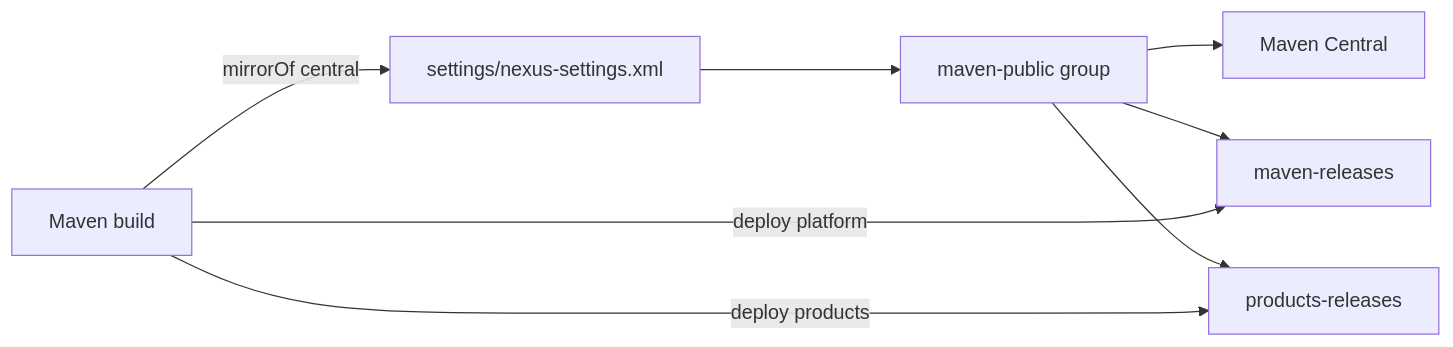
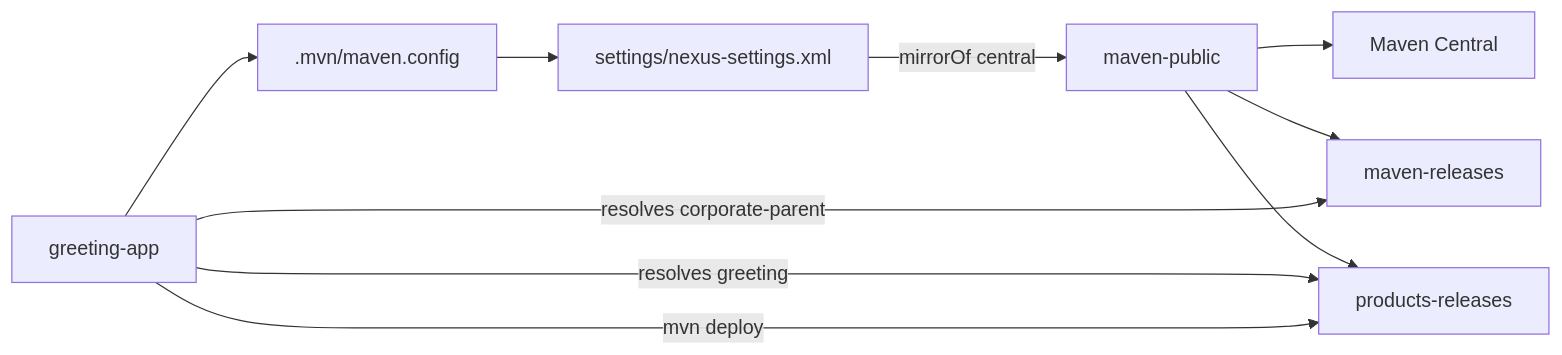
The fourth of 9 diagrams in README.md (IAAA-Lab/maven-corporate-pom), drawn with Mermaid before and after one commit. The commit also changed other lines of this file and 11 other files, not shown here.

First line of the commit message:
Align the platform with Spring Boot's parent chain and drop the aggregator.

````diff
--- a/README.md
+++ b/README.md
@@ -181,17 +193,20 @@
 ```mermaid
 flowchart LR
-    maven["Maven build"]
+    app["greeting-app"]
+    mvnConfig[".mvn/maven.config"]
     settings["settings/nexus-settings.xml"]
-    publicGroup["maven-public group"]
+    publicGroup["maven-public"]
     central["Maven Central"]
     corporateHosted["maven-releases"]
     productHosted["products-releases"]
 
-    maven -->|"mirrorOf central"| settings
-    settings --> publicGroup
+    app --> mvnConfig
+    mvnConfig --> settings
+    settings -->|"mirrorOf central"| publicGroup
     publicGroup --> central
     publicGroup --> corporateHosted
     publicGroup --> productHosted
-    maven -->|"deploy platform"| corporateHosted
-    maven -->|"deploy products"| productHosted
+    app -->|"resolves corporate-parent"| corporateHosted
+    app -->|"resolves greeting"| productHosted
+    app -->|"mvn deploy"| productHosted
 ```
````
